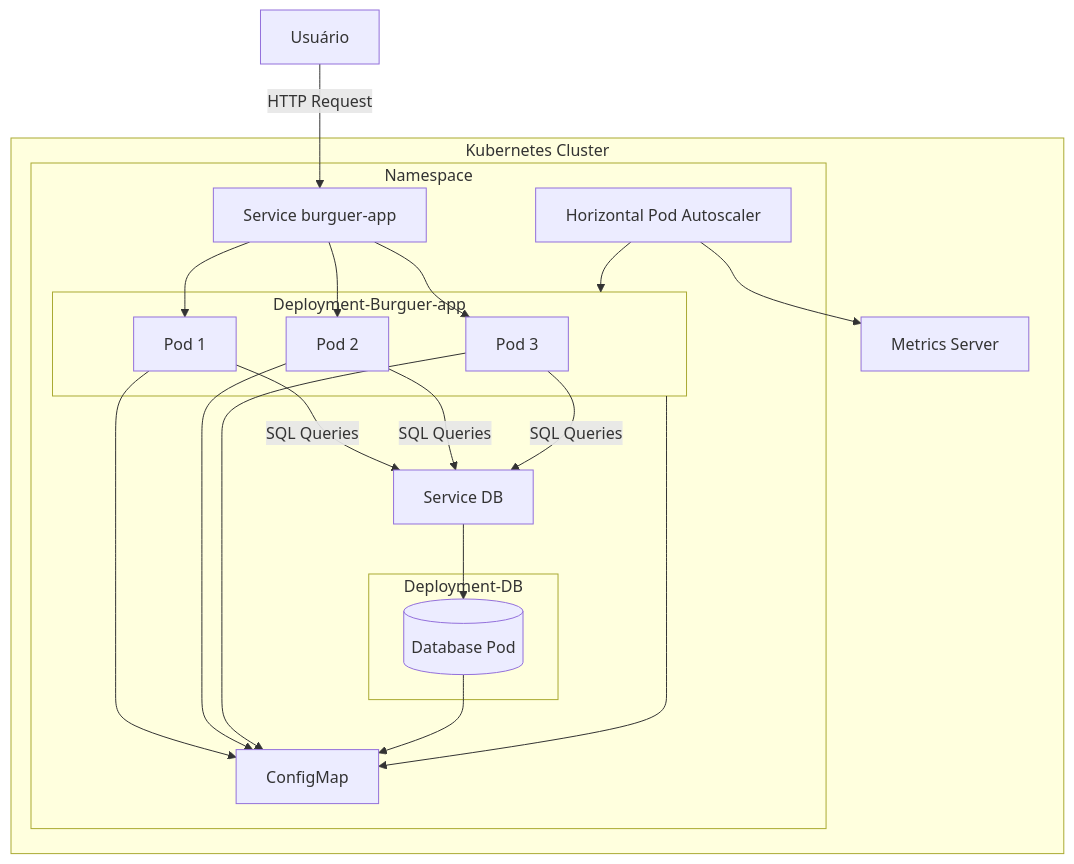
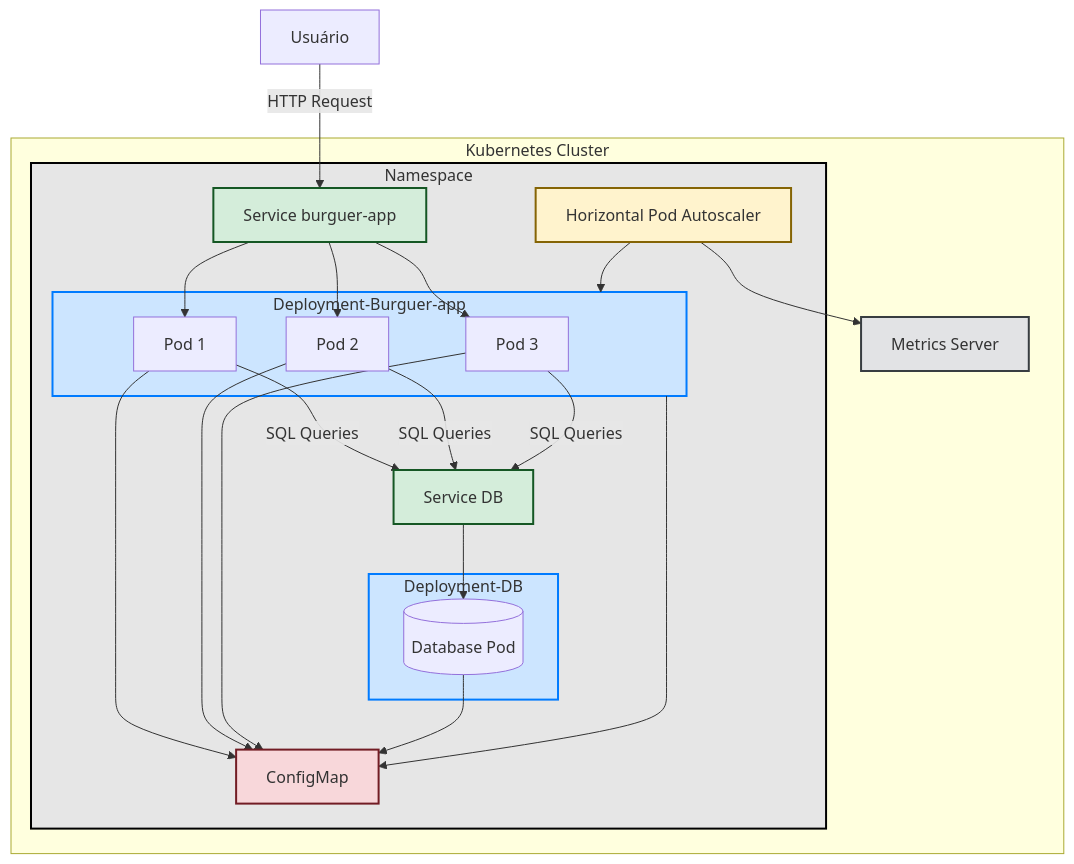
The diagram in README.md (GuiMM/fiap-51burguer), drawn with Mermaid before and after one commit.

Commit message:
Adiciona cor modelo de arquitetura K8s

````diff
--- a/README.md
+++ b/README.md
@@ -53,36 +53,44 @@
 ```mermaid
     graph TB
     subgraph Kubernetes Cluster
         subgraph Namespace
+            style Namespace fill:#e6e6e6,stroke:#000,stroke-width:2px
             subgraph Deployment-Burguer-app
+                style Deployment-Burguer-app fill:#cce5ff,stroke:#007bff,stroke-width:2px
                 Pod1[Pod 1]
                 Pod2[Pod 2]
                 Pod3[Pod 3]
             end
             subgraph Deployment-DB
+                style Deployment-DB fill:#cce5ff,stroke:#007bff,stroke-width:2px
                 DatabasePod[(Database Pod)]
             end
             AppService[Service burguer-app]
+            style AppService fill:#d4edda,stroke:#155724,stroke-width:2px
             HPA[Horizontal Pod Autoscaler]
+            style HPA fill:#fff3cd,stroke:#856404,stroke-width:2px
             ConfigMap[ConfigMap]
+            style ConfigMap fill:#f8d7da,stroke:#721c24,stroke-width:2px
             DatabaseService[Service DB]
+            style DatabaseService fill:#d4edda,stroke:#155724,stroke-width:2px
         end
         MetricsServer[Metrics Server]
+        style MetricsServer fill:#e2e3e5,stroke:#383d41,stroke-width:2px
     end
 
     User[Usuário] -->|HTTP Request| AppService
     AppService --> Pod1
     AppService --> Pod2
     AppService --> Pod3
     HPA --> Deployment-Burguer-app
     HPA --> MetricsServer
     Pod1 --> ConfigMap
     Pod2 --> ConfigMap
     Pod3 --> ConfigMap
     Pod1 -->|SQL Queries| DatabaseService
     Pod2 -->|SQL Queries| DatabaseService
     Pod3 -->|SQL Queries| DatabaseService
     DatabaseService --> DatabasePod
     DatabasePod --> ConfigMap
     Deployment-Burguer-app --> ConfigMap
 ``` 
````
